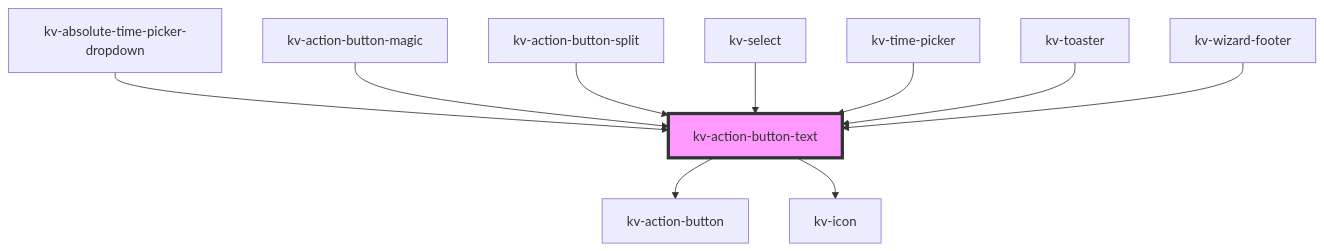
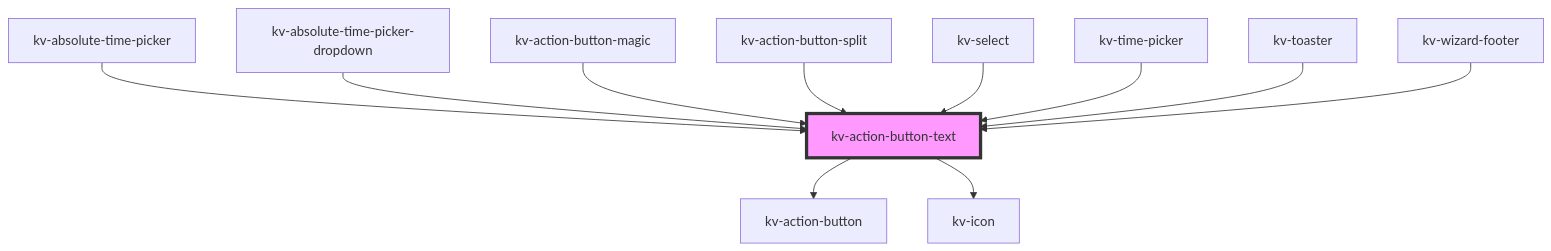
Before and after one commit to kelvininc/ui-components: the diagram in packages/ui-components/src/components/action-button-text/readme.md, drawn with Mermaid. The commit also changed other lines of this file and 40 other files, not shown here.

Commit message:
feat(time-picker): migrate time pickers to  design tokens

````diff
--- a/packages/ui-components/src/components/action-button-text/readme.md
+++ b/packages/ui-components/src/components/action-button-text/readme.md
@@ -86,13 +87,14 @@
 ```mermaid
 graph TD;
   kv-action-button-text --> kv-action-button
   kv-action-button-text --> kv-icon
+  kv-absolute-time-picker --> kv-action-button-text
   kv-absolute-time-picker-dropdown --> kv-action-button-text
   kv-action-button-magic --> kv-action-button-text
   kv-action-button-split --> kv-action-button-text
   kv-select --> kv-action-button-text
   kv-time-picker --> kv-action-button-text
   kv-toaster --> kv-action-button-text
   kv-wizard-footer --> kv-action-button-text
   style kv-action-button-text fill:#f9f,stroke:#333,stroke-width:4px
 ```
````
